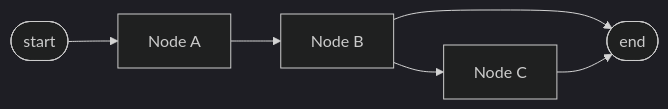
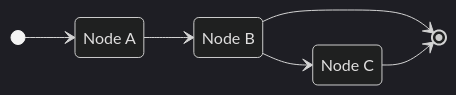
One commit to lars20070/deepresearcher2 changed the first of 2 diagrams in tests/README.md. Above: the diagram before and after it, drawn with Mermaid (dark theme). The commit also changed other lines of this file and 2 other files, not shown here.

Commit message:
auto-generate Mermaid code in tests

````diff
--- a/tests/README.md
+++ b/tests/README.md
@@ -1,13 +3,12 @@
 ``` mermaid
-flowchart LR
-    Start(["start"])
-    NodeA["Node A"]
-    NodeB["Node B"]
-    NodeC["Node C"]
-    End(["end"])
-    Start --> NodeA
+stateDiagram-v2
+    direction LR
+    NodeA: Node A
+    NodeB: Node B
+    NodeC: Node C
+    [*] --> NodeA 
     NodeA --> NodeB
     NodeB --> NodeC
-    NodeB --> End
-    NodeC --> End
+    NodeB --> [*]
+    NodeC --> [*]
 ```
````
